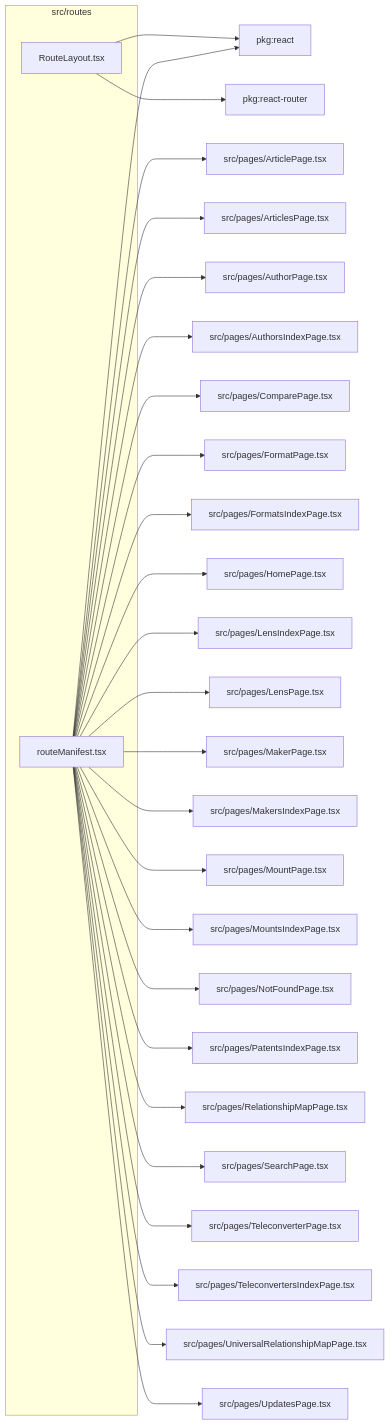
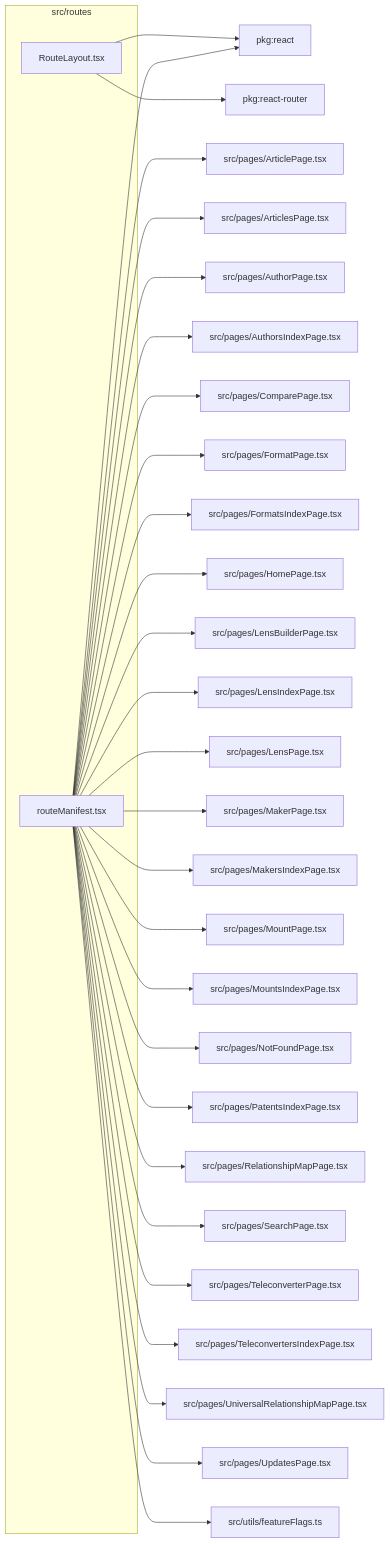
The diagram in src/routes/readme.md (ronbuening/LensVisualizer), drawn with Mermaid before and after one commit. The commit also changed other lines of this file and 39 other files, not shown here.

First line of the commit message:
Add a flag-gated lens builder that exports lens data files

````diff
--- a/src/routes/readme.md
+++ b/src/routes/readme.md
@@ -9,56 +9,60 @@
 ```mermaid
 flowchart LR
   subgraph n_src_routes["src/routes"]
     n_src_routes_src_routes_RouteLayout_tsx["RouteLayout.tsx"]
     n_src_routes_src_routes_routeManifest_tsx["routeManifest.tsx"]
   end
   n_external_pkg_react["pkg:react"]
   n_external_pkg_react_router["pkg:react-router"]
   n_external_src_pages_ArticlePage_tsx["src/pages/ArticlePage.tsx"]
   n_external_src_pages_ArticlesPage_tsx["src/pages/ArticlesPage.tsx"]
   n_external_src_pages_AuthorPage_tsx["src/pages/AuthorPage.tsx"]
   n_external_src_pages_AuthorsIndexPage_tsx["src/pages/AuthorsIndexPage.tsx"]
   n_external_src_pages_ComparePage_tsx["src/pages/ComparePage.tsx"]
   n_external_src_pages_FormatPage_tsx["src/pages/FormatPage.tsx"]
   n_external_src_pages_FormatsIndexPage_tsx["src/pages/FormatsIndexPage.tsx"]
   n_external_src_pages_HomePage_tsx["src/pages/HomePage.tsx"]
+  n_external_src_pages_LensBuilderPage_tsx["src/pages/LensBuilderPage.tsx"]
   n_external_src_pages_LensIndexPage_tsx["src/pages/LensIndexPage.tsx"]
   n_external_src_pages_LensPage_tsx["src/pages/LensPage.tsx"]
   n_external_src_pages_MakerPage_tsx["src/pages/MakerPage.tsx"]
   n_external_src_pages_MakersIndexPage_tsx["src/pages/MakersIndexPage.tsx"]
   n_external_src_pages_MountPage_tsx["src/pages/MountPage.tsx"]
   n_external_src_pages_MountsIndexPage_tsx["src/pages/MountsIndexPage.tsx"]
   n_external_src_pages_NotFoundPage_tsx["src/pages/NotFoundPage.tsx"]
   n_external_src_pages_PatentsIndexPage_tsx["src/pages/PatentsIndexPage.tsx"]
   n_external_src_pages_RelationshipMapPage_tsx["src/pages/RelationshipMapPage.tsx"]
   n_external_src_pages_SearchPage_tsx["src/pages/SearchPage.tsx"]
   n_external_src_pages_TeleconverterPage_tsx["src/pages/TeleconverterPage.tsx"]
   n_external_src_pages_TeleconvertersIndexPage_tsx["src/pages/TeleconvertersIndexPage.tsx"]
   n_external_src_pages_UniversalRelationshipMapPage_tsx["src/pages/UniversalRelationshipMapPage.tsx"]
   n_external_src_pages_UpdatesPage_tsx["src/pages/UpdatesPage.tsx"]
+  n_external_src_utils_featureFlags_ts["src/utils/featureFlags.ts"]
   n_src_routes_src_routes_RouteLayout_tsx --> n_external_pkg_react
   n_src_routes_src_routes_routeManifest_tsx --> n_external_pkg_react
   n_src_routes_src_routes_RouteLayout_tsx --> n_external_pkg_react_router
   n_src_routes_src_routes_routeManifest_tsx --> n_external_src_pages_ArticlePage_tsx
   n_src_routes_src_routes_routeManifest_tsx --> n_external_src_pages_ArticlesPage_tsx
   n_src_routes_src_routes_routeManifest_tsx --> n_external_src_pages_AuthorPage_tsx
   n_src_routes_src_routes_routeManifest_tsx --> n_external_src_pages_AuthorsIndexPage_tsx
   n_src_routes_src_routes_routeManifest_tsx --> n_external_src_pages_ComparePage_tsx
   n_src_routes_src_routes_routeManifest_tsx --> n_external_src_pages_FormatPage_tsx
   n_src_routes_src_routes_routeManifest_tsx --> n_external_src_pages_FormatsIndexPage_tsx
   n_src_routes_src_routes_routeManifest_tsx --> n_external_src_pages_HomePage_tsx
+  n_src_routes_src_routes_routeManifest_tsx --> n_external_src_pages_LensBuilderPage_tsx
   n_src_routes_src_routes_routeManifest_tsx --> n_external_src_pages_LensIndexPage_tsx
   n_src_routes_src_routes_routeManifest_tsx --> n_external_src_pages_LensPage_tsx
   n_src_routes_src_routes_routeManifest_tsx --> n_external_src_pages_MakerPage_tsx
   n_src_routes_src_routes_routeManifest_tsx --> n_external_src_pages_MakersIndexPage_tsx
   n_src_routes_src_routes_routeManifest_tsx --> n_external_src_pages_MountPage_tsx
   n_src_routes_src_routes_routeManifest_tsx --> n_external_src_pages_MountsIndexPage_tsx
   n_src_routes_src_routes_routeManifest_tsx --> n_external_src_pages_NotFoundPage_tsx
   n_src_routes_src_routes_routeManifest_tsx --> n_external_src_pages_PatentsIndexPage_tsx
   n_src_routes_src_routes_routeManifest_tsx --> n_external_src_pages_RelationshipMapPage_tsx
   n_src_routes_src_routes_routeManifest_tsx --> n_external_src_pages_SearchPage_tsx
   n_src_routes_src_routes_routeManifest_tsx --> n_external_src_pages_TeleconverterPage_tsx
   n_src_routes_src_routes_routeManifest_tsx --> n_external_src_pages_TeleconvertersIndexPage_tsx
   n_src_routes_src_routes_routeManifest_tsx --> n_external_src_pages_UniversalRelationshipMapPage_tsx
   n_src_routes_src_routes_routeManifest_tsx --> n_external_src_pages_UpdatesPage_tsx
+  n_src_routes_src_routes_routeManifest_tsx --> n_external_src_utils_featureFlags_ts
 ```
````
